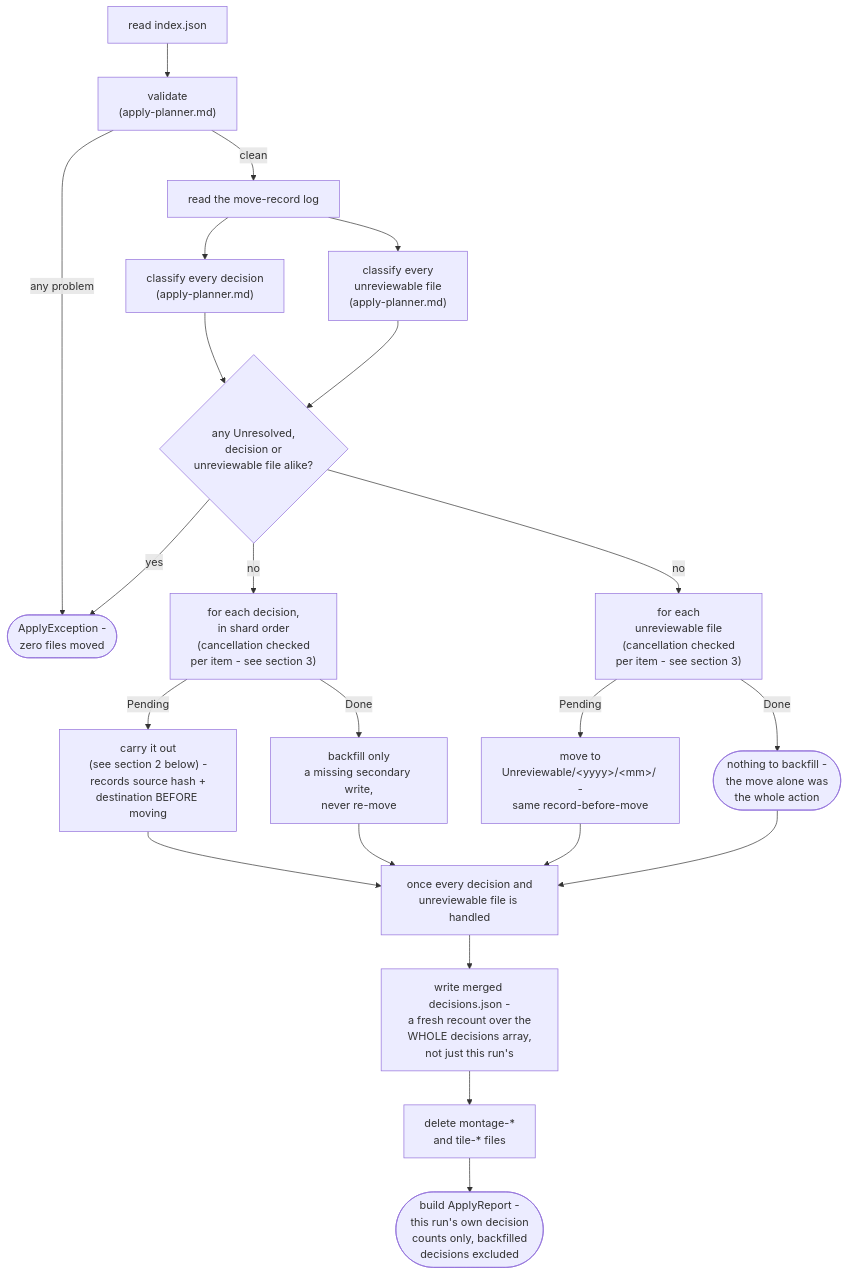
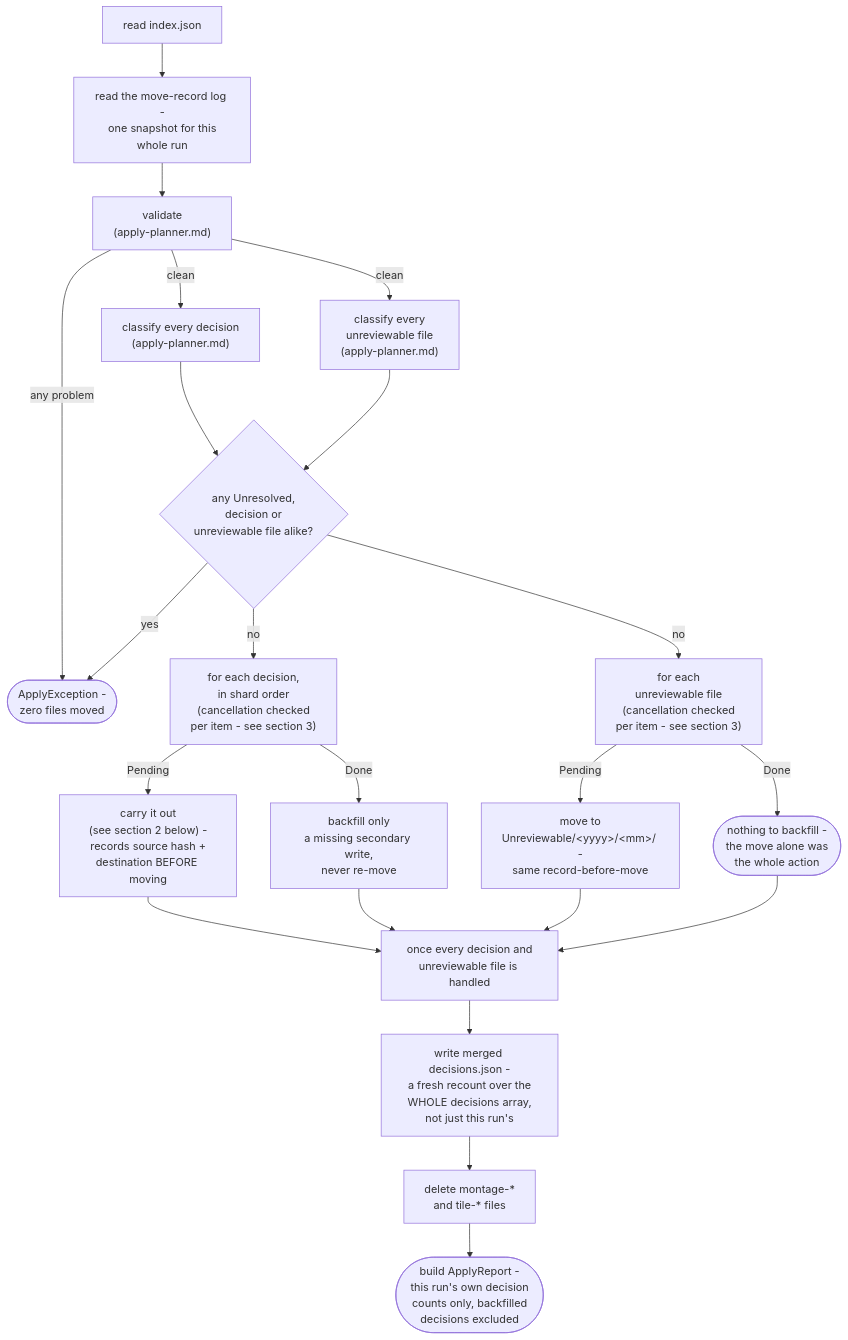
One commit to AdrianNachev91/sluice changed the first of 3 diagrams in app/docs/design/application/service/apply-engine.md. Above: the diagram before and after it, drawn with Mermaid. The commit also changed other lines of this file and 12 other files, not shown here.

````diff
--- a/app/docs/design/application/service/apply-engine.md
+++ b/app/docs/design/application/service/apply-engine.md
@@ -10,24 +10,24 @@
 ```mermaid
 flowchart TD
-    A["read index.json"] --> B["validate<br/>(apply-planner.md)"]
+    A["read index.json"] --> A2["read the move-record log -<br/>one snapshot for this<br/>whole run"]
+    A2 --> B["validate<br/>(apply-planner.md)"]
     B -- any problem --> Z(["ApplyException -<br/>zero files moved"])
-    B -- clean --> C["read the move-record log"]
-    C --> D["classify every decision<br/>(apply-planner.md)"]
-    C --> D2["classify every<br/>unreviewable file<br/>(apply-planner.md)"]
+    B -- clean --> D["classify every decision<br/>(apply-planner.md)"]
+    B -- clean --> D2["classify every<br/>unreviewable file<br/>(apply-planner.md)"]
     D --> F{"any Unresolved,<br/>decision or<br/>unreviewable file alike?"}
     D2 --> F
     F -- yes --> Z
     F -- no --> E["for each decision,<br/>in shard order<br/>(cancellation checked<br/>per item - see section 3)"]
     F -- no --> E2["for each<br/>unreviewable file<br/>(cancellation checked<br/>per item - see section 3)"]
     E -- Pending --> G["carry it out<br/>(see section 2 below) -<br/>records source hash +<br/>destination BEFORE moving"]
     E -- Done --> H["backfill only<br/>a missing secondary write,<br/>never re-move"]
     E2 -- Pending --> G2["move to<br/>Unreviewable/&lt;yyyy&gt;/&lt;mm&gt;/ -<br/>same record-before-move"]
     E2 -- Done --> H2(["nothing to backfill -<br/>the move alone was<br/>the whole action"])
     G --> I["once every decision and<br/>unreviewable file is handled"]
     H --> I
     G2 --> I
     H2 --> I
     I --> J["write merged decisions.json -<br/>a fresh recount over the<br/>WHOLE decisions array,<br/>not just this run's"]
     J --> K["delete montage-*<br/>and tile-* files"]
     K --> L(["build ApplyReport -<br/>this run's own decision<br/>counts only, backfilled<br/>decisions excluded"])
 ```
````
